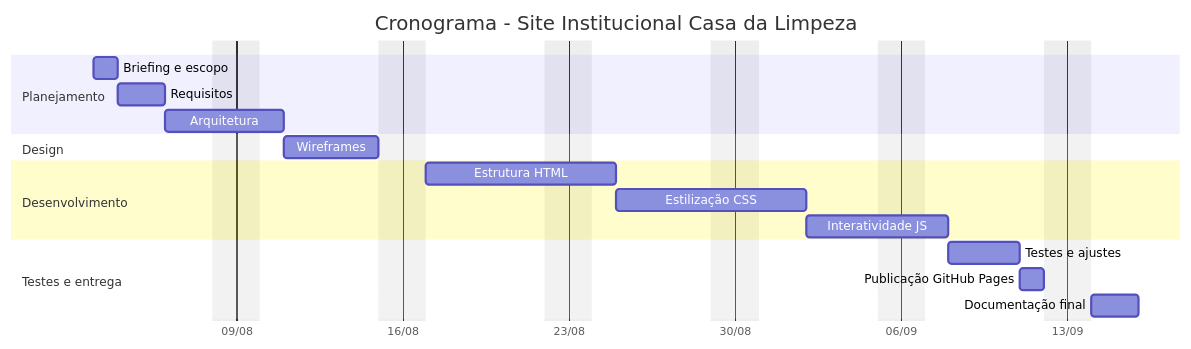
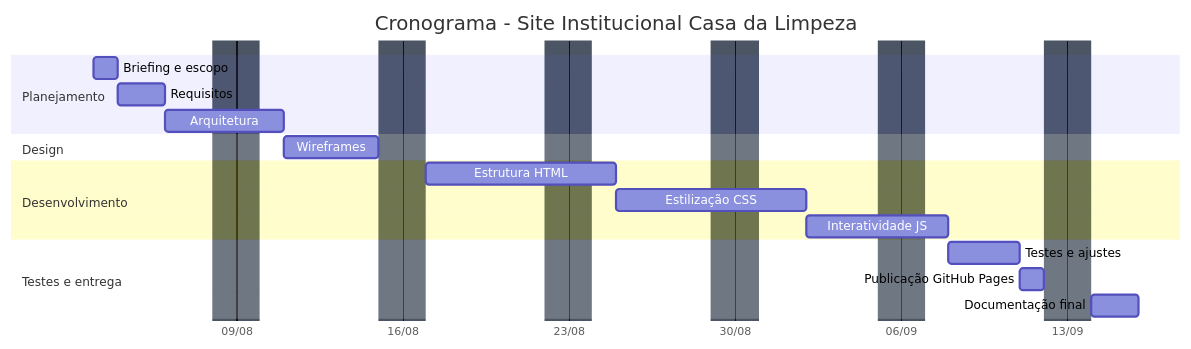
Before and after one commit to izaamc/casa-da-limpeza: the diagram in README.md, drawn with Mermaid.

````diff
--- a/README.md
+++ b/README.md
@@ -34,25 +34,26 @@
 ```mermaid
+%%{init: {'themeVariables': {'excludeBkgColor': '#4b5563'}}}%%
 gantt
     title Cronograma - Site Institucional Casa da Limpeza
     dateFormat YYYY-MM-DD
     axisFormat %d/%m
     excludes weekends
 
     section Planejamento
     Briefing e escopo       :a1, 2026-08-03, 1d
     Requisitos              :a2, after a1, 2d
     Arquitetura             :a3, after a2, 3d
 
     section Design
     Wireframes               :a4, after a3, 4d
 
     section Desenvolvimento
     Estrutura HTML          :a5, after a4, 6d
     Estilização CSS         :a6, after a5, 6d
     Interatividade JS       :a7, after a6, 4d
 
     section Testes e entrega
     Testes e ajustes        :a8, after a7, 3d
     Publicação GitHub Pages :a9, after a8, 1d
     Documentação final      :a10, after a9, 2d
 ```
````
